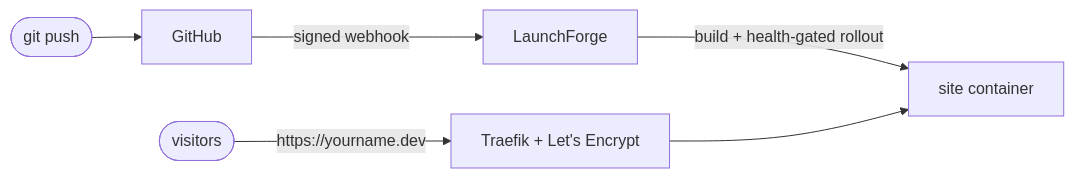
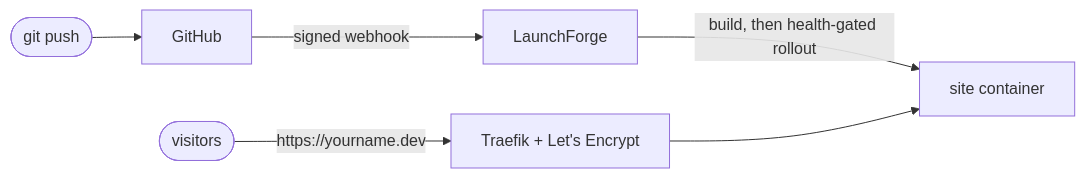
Before and after one commit to Aayushajs/LaunchForge-OS: the diagram in docs/guide/03-tutorial-portfolio.md, drawn with Mermaid. The commit also changed other lines of this file and 10 other files, not shown here.

````diff
--- a/docs/guide/03-tutorial-portfolio.md
+++ b/docs/guide/03-tutorial-portfolio.md
@@ -90,7 +156,7 @@
 ```mermaid
 flowchart LR
   you([git push]) --> gh[GitHub]
   gh -->|signed webhook| lf[LaunchForge]
-  lf -->|build + health-gated rollout| app[site container]
+  lf -->|build, then health-gated rollout| app[site container]
   visitors([visitors]) -->|https://yourname.dev| traefik[Traefik + Let's Encrypt] --> app
 ```
````
